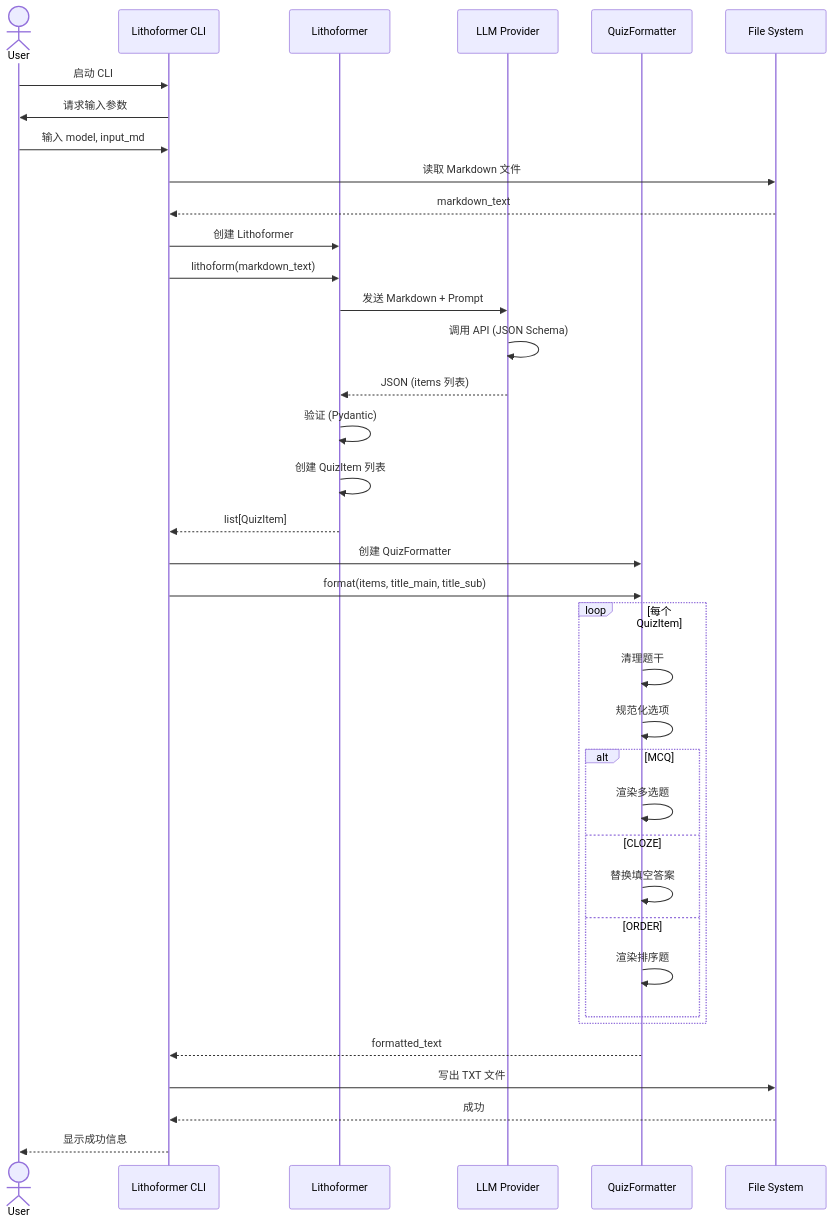
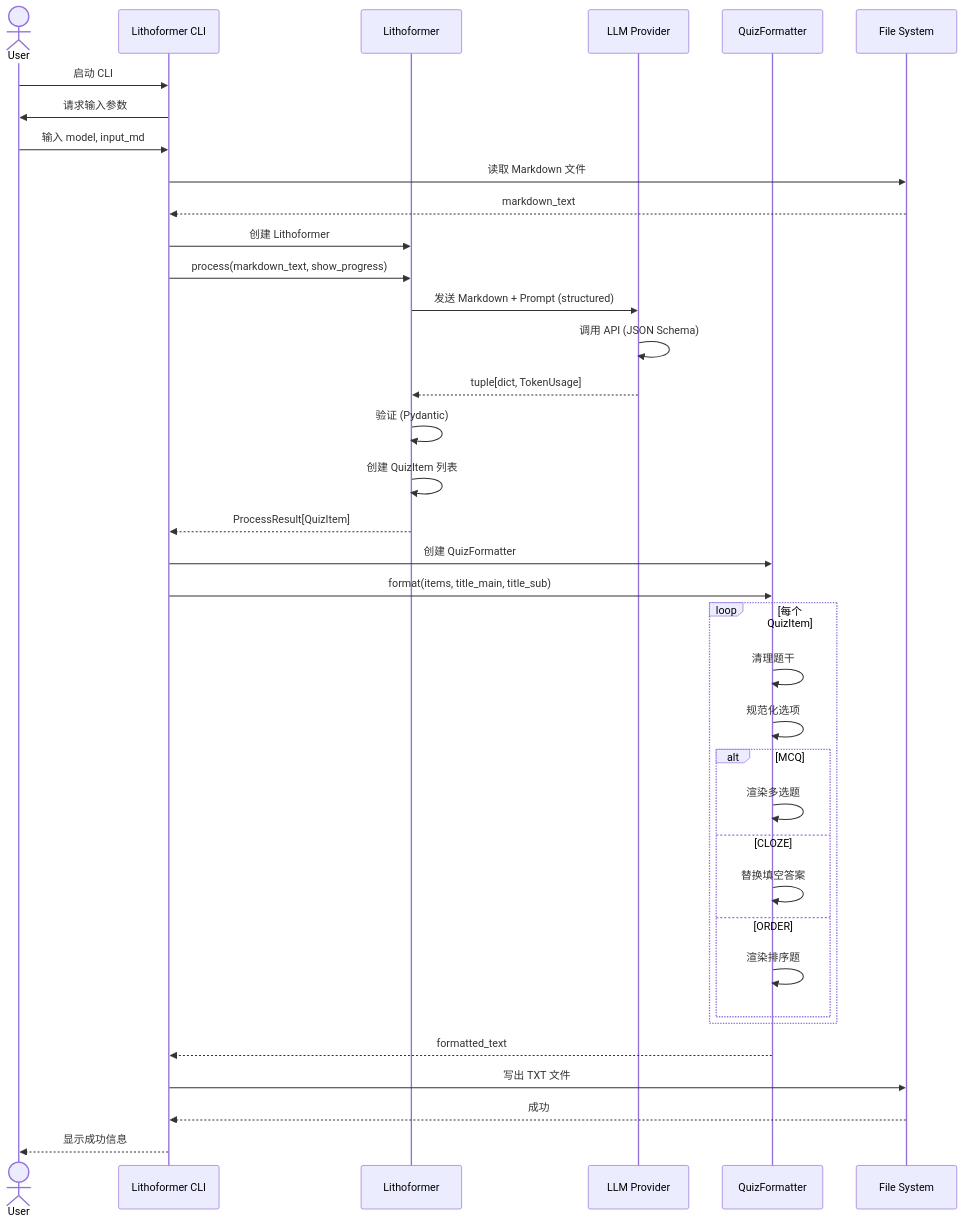
Before and after one commit to C1M0N/Memosyne: the eighth of 11 diagrams in ARCHITECTURE.md, drawn with Mermaid. The commit also changed other lines of this file and 32 other files, not shown here.

````diff
--- a/ARCHITECTURE.md
+++ b/ARCHITECTURE.md
@@ -377,49 +410,49 @@
 ```mermaid
 sequenceDiagram
     actor User
     participant CLI as Lithoformer CLI
     participant LF as Lithoformer
     participant LLM as LLM Provider
     participant QF as QuizFormatter
     participant File as File System
 
     User->>CLI: 启动 CLI
     CLI->>User: 请求输入参数
     User->>CLI: 输入 model, input_md
 
     CLI->>File: 读取 Markdown 文件
     File-->>CLI: markdown_text
 
     CLI->>LF: 创建 Lithoformer
-    CLI->>LF: lithoform(markdown_text)
+    CLI->>LF: process(markdown_text, show_progress)
 
-    LF->>LLM: 发送 Markdown + Prompt
+    LF->>LLM: 发送 Markdown + Prompt (structured)
     LLM->>LLM: 调用 API (JSON Schema)
-    LLM-->>LF: JSON (items 列表)
+    LLM-->>LF: tuple[dict, TokenUsage]
 
     LF->>LF: 验证 (Pydantic)
     LF->>LF: 创建 QuizItem 列表
-    LF-->>CLI: list[QuizItem]
+    LF-->>CLI: ProcessResult[QuizItem]
 
     CLI->>QF: 创建 QuizFormatter
     CLI->>QF: format(items, title_main, title_sub)
 
     loop 每个 QuizItem
         QF->>QF: 清理题干
         QF->>QF: 规范化选项
         alt MCQ
             QF->>QF: 渲染多选题
         else CLOZE
             QF->>QF: 替换填空答案
         else ORDER
             QF->>QF: 渲染排序题
         end
     end
 
     QF-->>CLI: formatted_text
 
     CLI->>File: 写出 TXT 文件
     File-->>CLI: 成功
 
     CLI-->>User: 显示成功信息
 ```
````
